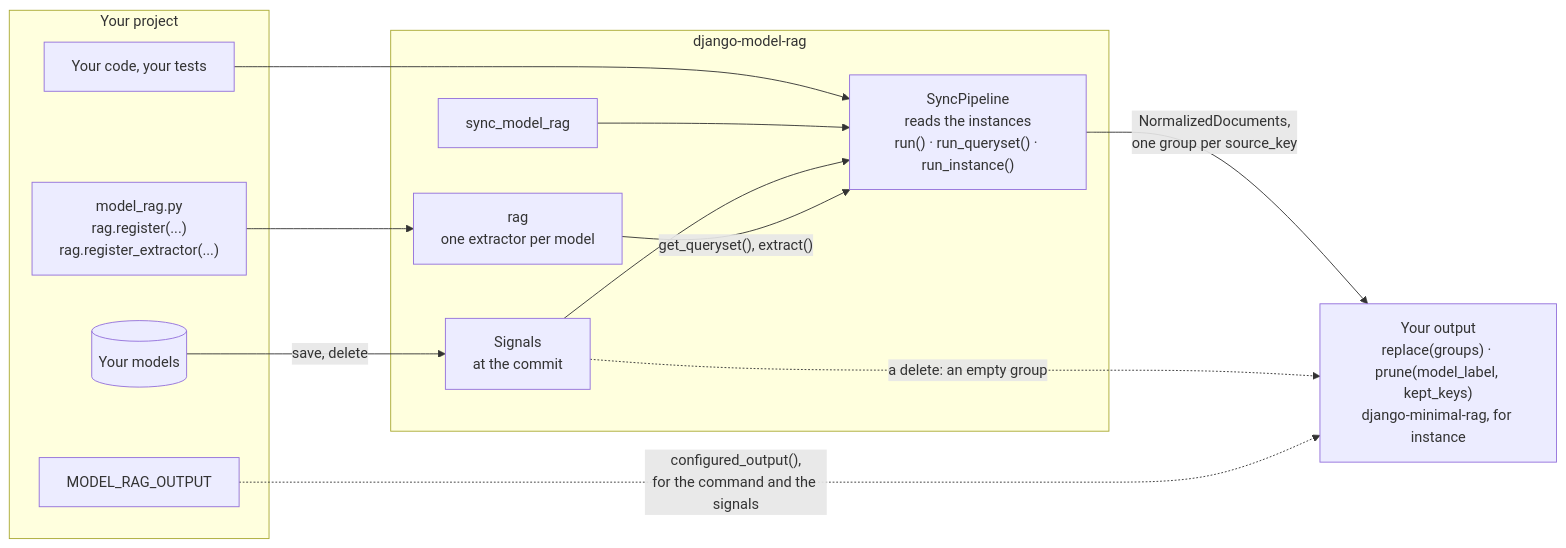
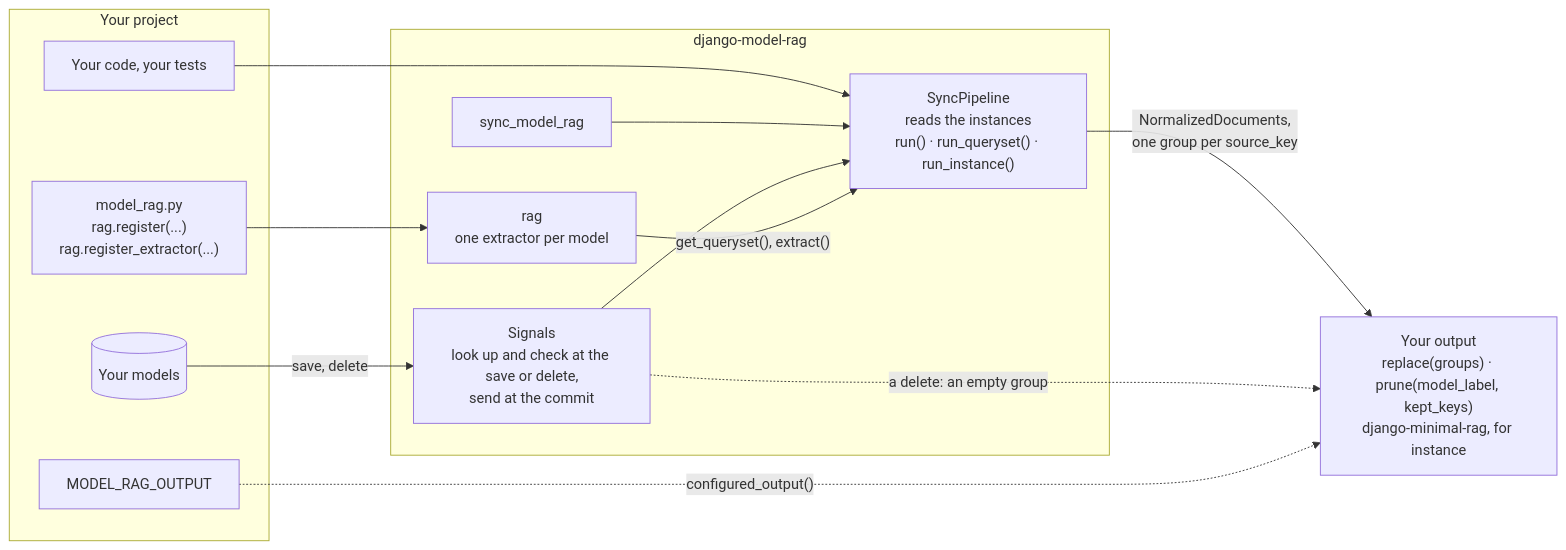
The first of 4 diagrams in README.md (gtolivier/django-model-rag), drawn with Mermaid before and after one commit. The commit also changed other lines of this file, not shown here.

First line of the commit message:
Match the README diagrams to what the signals and run() do

````diff
--- a/README.md
+++ b/README.md
@@ -24,28 +24,28 @@
 ```mermaid
 flowchart LR
     subgraph project["Your project"]
         modelrag["model_rag.py<br/>rag.register(...)<br/>rag.register_extractor(...)"]
         models[("Your models")]
         code["Your code, your tests"]
         setting["MODEL_RAG_OUTPUT"]
     end
 
     subgraph package["django-model-rag"]
         registry["rag<br/>one extractor per model"]
         command["sync_model_rag"]
-        signals["Signals<br/>at the commit"]
+        signals["Signals<br/>look up and check at the save or delete,<br/>send at the commit"]
         pipeline["SyncPipeline<br/>reads the instances<br/>run() · run_queryset() · run_instance()"]
     end
 
     output["Your output<br/>replace(groups) · prune(model_label, kept_keys)<br/>django-minimal-rag, for instance"]
 
     modelrag --> registry
     models -->|"save, delete"| signals
     code --> pipeline
     command --> pipeline
     signals --> pipeline
     registry -->|"get_queryset(), extract()"| pipeline
     pipeline -->|"NormalizedDocuments,<br/>one group per source_key"| output
     signals -.->|"a delete: an empty group"| output
-    setting -.->|"configured_output(),<br/>for the command and the signals"| output
+    setting -.->|"configured_output()"| output
 ```
````
